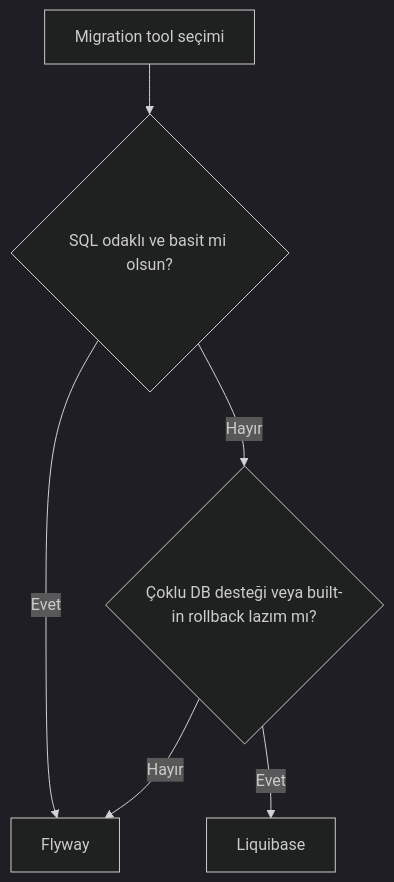
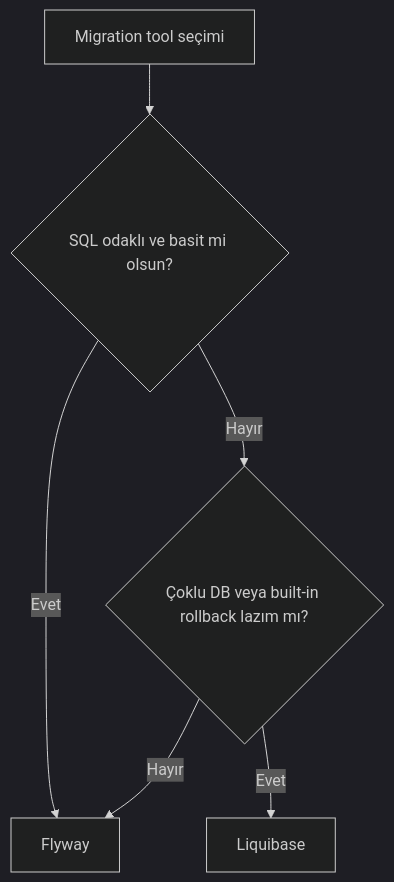
One commit to adraarda23/banking-learning changed the fourth of 4 diagrams in 01-foundation/04-database-migration/README.md. Above: the diagram before and after it, drawn with Mermaid (dark theme). The commit also changed other lines of this file and 37 other files, not shown here.

````diff
--- a/01-foundation/04-database-migration/README.md
+++ b/01-foundation/04-database-migration/README.md
@@ -509,8 +447,8 @@
 ```mermaid
 flowchart TD
     A["Migration tool seçimi"] --> B{"SQL odaklı ve basit mi olsun?"}
     B -->|"Evet"| C["Flyway"]
-    B -->|"Hayır"| D{"Çoklu DB desteği veya built-in rollback lazım mı?"}
+    B -->|"Hayır"| D{"Çoklu DB veya built-in rollback lazım mı?"}
     D -->|"Evet"| E["Liquibase"]
     D -->|"Hayır"| C
 ```
````
